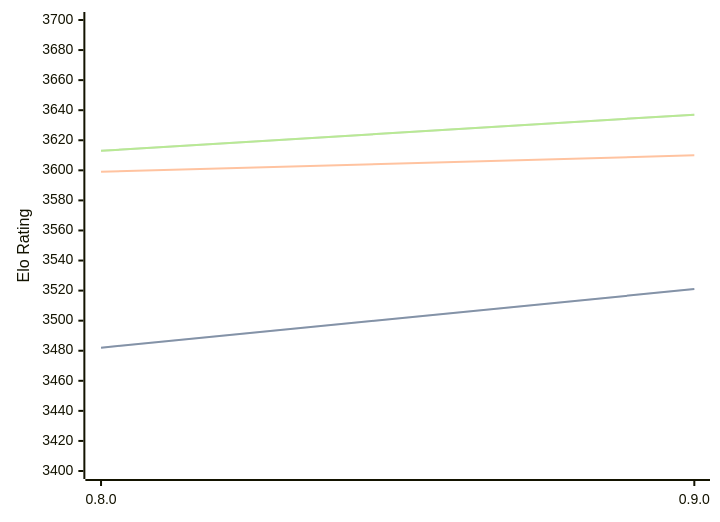
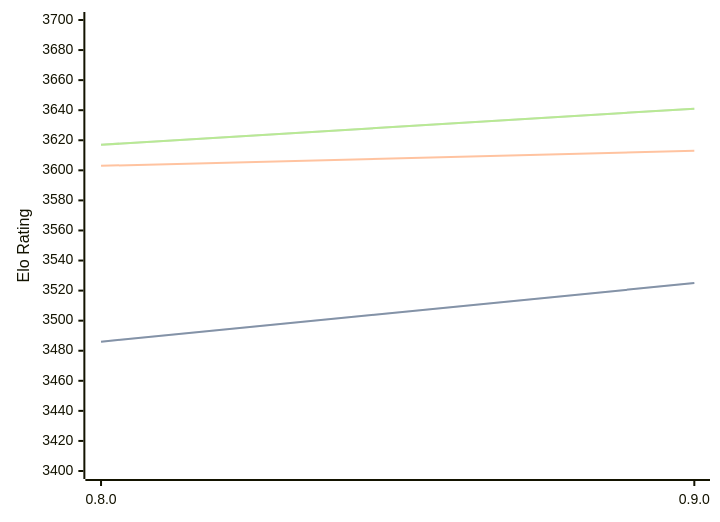
Before and after one commit to computer-chess-index/cci: the diagram in engines/Reckless.md, drawn with Mermaid. The commit also changed other lines of this file, not shown here.

Commit message:
Update CCI Ratings (ELO VLTC) - 2026-05-02

````diff
--- a/engines/Reckless.md
+++ b/engines/Reckless.md
@@ -39,11 +39,11 @@
 ```mermaid
 %%{init: {"theme":"base","themeVariables":{"seriesColors:['#a3a3a3','#222221','#faa371']}}}%%
 xychart-beta
   x-axis ["0.8.0", "0.9.0"]
   y-axis "Elo Rating" 3400 --> 3700
-  line "STC (8.0+0.08s)" [3482, 3521]
-  line "STC (8.0+0.08s)" [3482, 3521]
-  line "LTC (60.0+0.60s)" [3599, 3610]
-  line "VLTC (2m24s+1.12s)" [3613, 3637]
-  line "VLTC (2m24s+1.12s)" [3613, 3637]
+  line "STC (8.0+0.08s)" [3486, 3525]
+  line "STC (8.0+0.08s)" [3486, 3525]
+  line "LTC (60.0+0.60s)" [3603, 3613]
+  line "VLTC (2m24s+1.12s)" [3617, 3641]
+  line "VLTC (2m24s+1.12s)" [3617, 3641]
 ```
````
